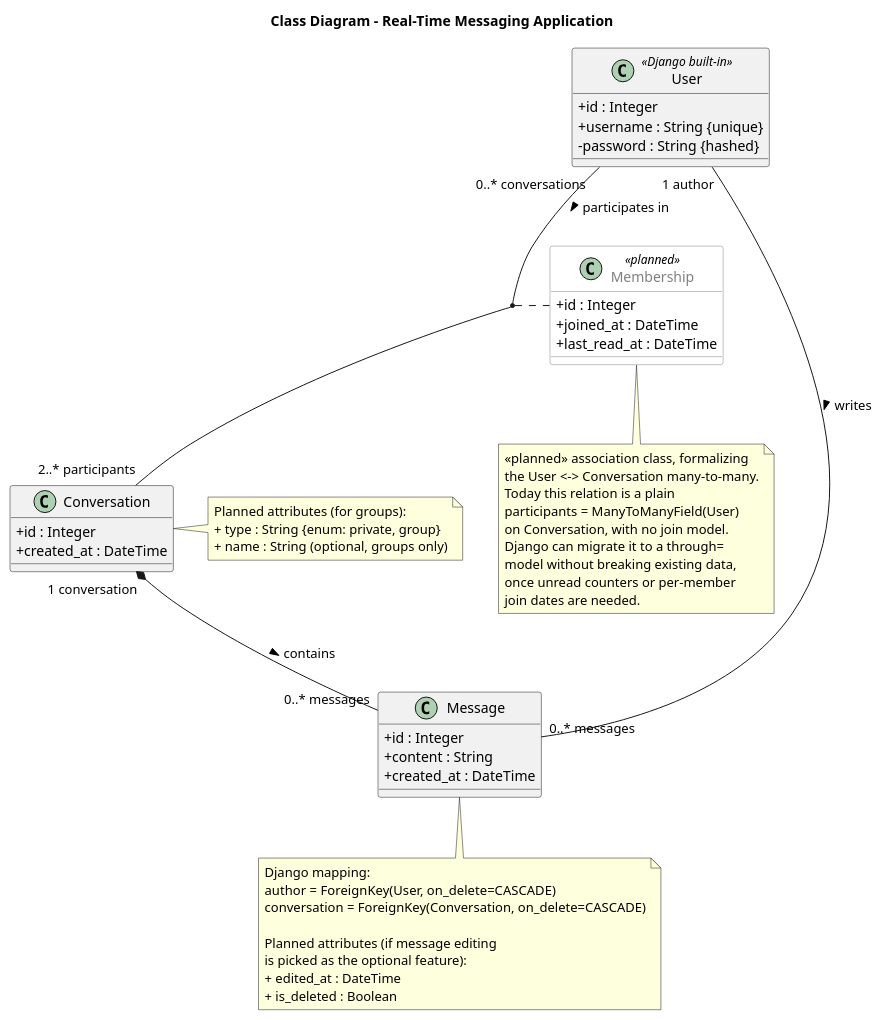
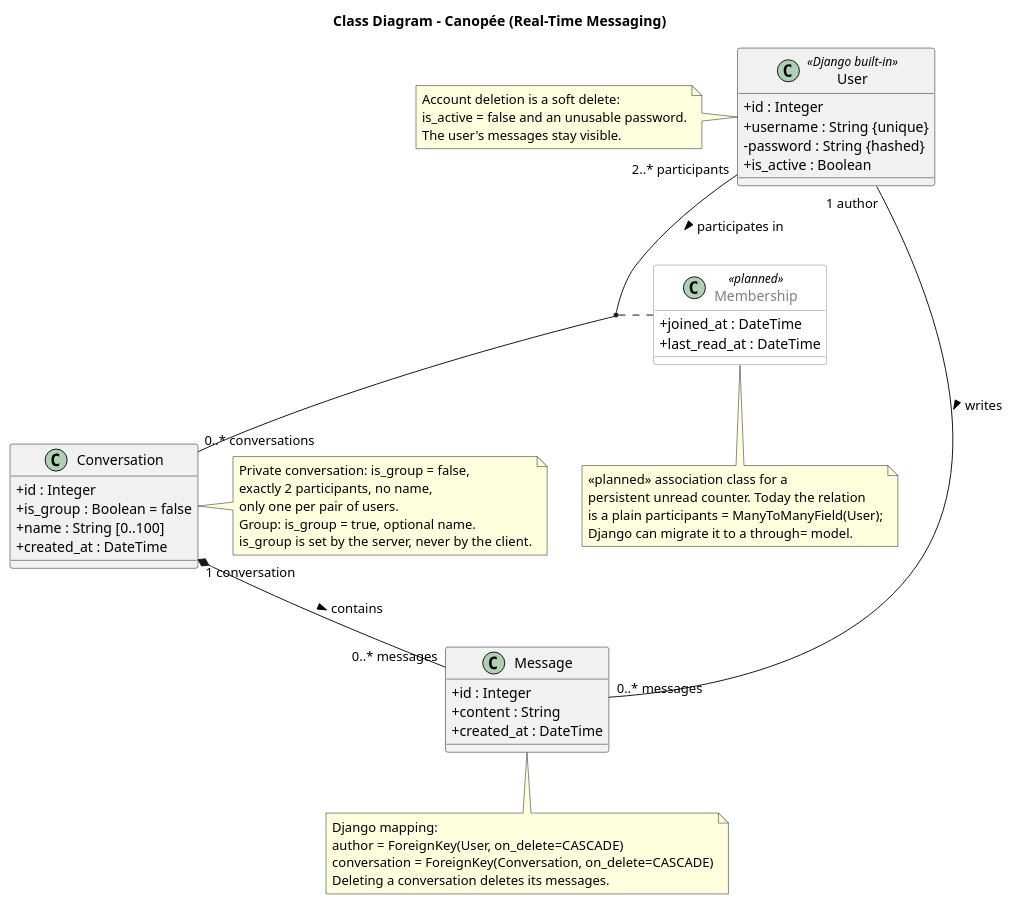
The diagram in docs/ClassDiagram.puml (AlphaXZero/Integration-Project-1-Real-Time-Messaging), drawn with PlantUML before and after one commit. The commit also changed 10 other files, not shown here.

```diff
--- a/docs/ClassDiagram.puml
+++ b/docs/ClassDiagram.puml
@@ -1,86 +1,86 @@
 @startuml
-title Class Diagram - Real-Time Messaging Application
+title Class Diagram - Canopée (Real-Time Messaging)
 
 skinparam classAttributeIconSize 0
 skinparam class {
   BackgroundColor<<planned>> White
   BorderColor<<planned>> Gray
   FontColor<<planned>> Gray
 }
 
 ' ============================
 ' Implemented classes
 ' ============================
 
 class User <<Django built-in>> {
   +id : Integer
   +username : String {unique}
   -password : String {hashed}
+  +is_active : Boolean
 }
 
 class Conversation {
   +id : Integer
+  +is_group : Boolean = false
+  +name : String [0..100]
   +created_at : DateTime
 }
 
 class Message {
   +id : Integer
   +content : String
   +created_at : DateTime
 }
 
 ' ============================
-' Planned classes (not yet in code)
+' Planned class (not in the code yet)
 ' ============================
 
 class Membership <<planned>> {
-  +id : Integer
   +joined_at : DateTime
   +last_read_at : DateTime
 }
 
 ' ============================
-' Implemented associations
+' Associations
 ' ============================
 
-User "0..* conversations" -- "2..* participants" Conversation : participates in >
+User "2..* participants" -- "0..* conversations" Conversation : participates in >
 Conversation "1 conversation" *-- "0..* messages" Message : contains >
 User "1 author" -- "0..* messages" Message : writes >
 
-' Association class attached to the User <-> Conversation membership
 (User, Conversation) .. Membership
 
 ' ============================
 ' Notes
 ' ============================
 
-note bottom of Membership
-  <<planned>> association class, formalizing
-  the User <-> Conversation many-to-many.
-  Today this relation is a plain
-  participants = ManyToManyField(User)
-  on Conversation, with no join model.
-  Django can migrate it to a through=
-  model without breaking existing data,
-  once unread counters or per-member
-  join dates are needed.
-end note
-
 note right of Conversation
-  Planned attributes (for groups):
-  + type : String {enum: private, group}
-  + name : String (optional, groups only)
+  Private conversation: is_group = false,
+  exactly 2 participants, no name,
+  only one per pair of users.
+  Group: is_group = true, optional name.
+  is_group is set by the server, never by the client.
 end note
 
 note bottom of Message
   Django mapping:
   author = ForeignKey(User, on_delete=CASCADE)
   conversation = ForeignKey(Conversation, on_delete=CASCADE)
+  Deleting a conversation deletes its messages.
+end note
 
-  Planned attributes (if message editing
-  is picked as the optional feature):
-  + edited_at : DateTime
-  + is_deleted : Boolean
+note left of User
+  Account deletion is a soft delete:
+  is_active = false and an unusable password.
+  The user's messages stay visible.
+end note
+
+note bottom of Membership
+  <<planned>> association class for a
+  persistent unread counter. Today the relation
+  is a plain participants = ManyToManyField(User);
+  Django can migrate it to a through= model.
 end note
 
 @enduml
```
